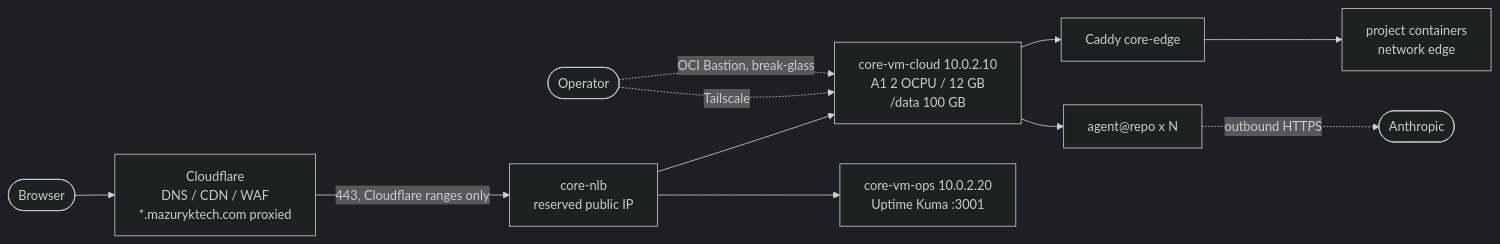
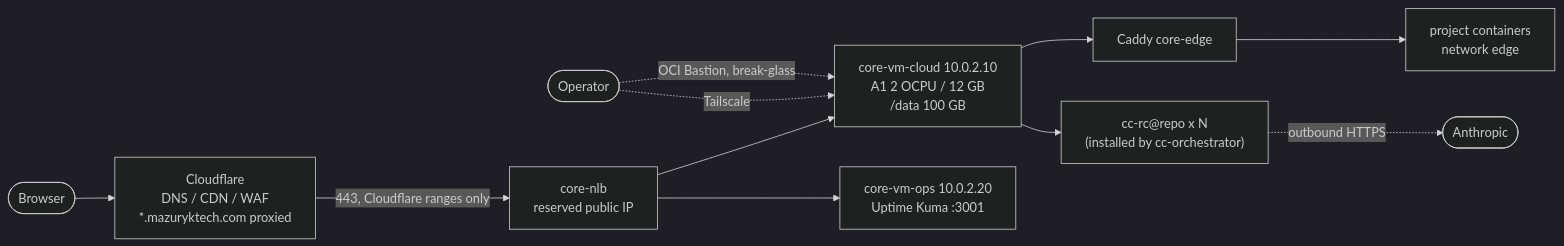
One commit to nicolasMazuryk/oci-free-tier-platform changed the diagram in README.md. Above: the diagram before and after it, drawn with Mermaid (dark theme). The commit also changed other lines of this file and 15 other files, not shown here.

````diff
--- a/README.md
+++ b/README.md
@@ -15,12 +15,12 @@
 ```mermaid
 flowchart LR
   user([Browser]) --> cf[Cloudflare<br/>DNS / CDN / WAF<br/>*.mazuryktech.com proxied]
   cf -->|"443, Cloudflare ranges only"| nlb[core-nlb<br/>reserved public IP]
   nlb --> cloud["core-vm-cloud 10.0.2.10<br/>A1 2 OCPU / 12 GB<br/>/data 100 GB"]
   cloud --> caddy[Caddy core-edge] --> web[project containers<br/>network edge]
-  cloud --> agents["agent@repo x N"]
+  cloud --> agents["cc-rc@repo x N<br/>(installed by cc-orchestrator)"]
   agents -. outbound HTTPS .-> anthropic([Anthropic])
   nlb --> ops["core-vm-ops 10.0.2.20<br/>Uptime Kuma :3001"]
   op([Operator]) -. Tailscale .-> cloud
   op -. OCI Bastion, break-glass .-> cloud
 ```
````
